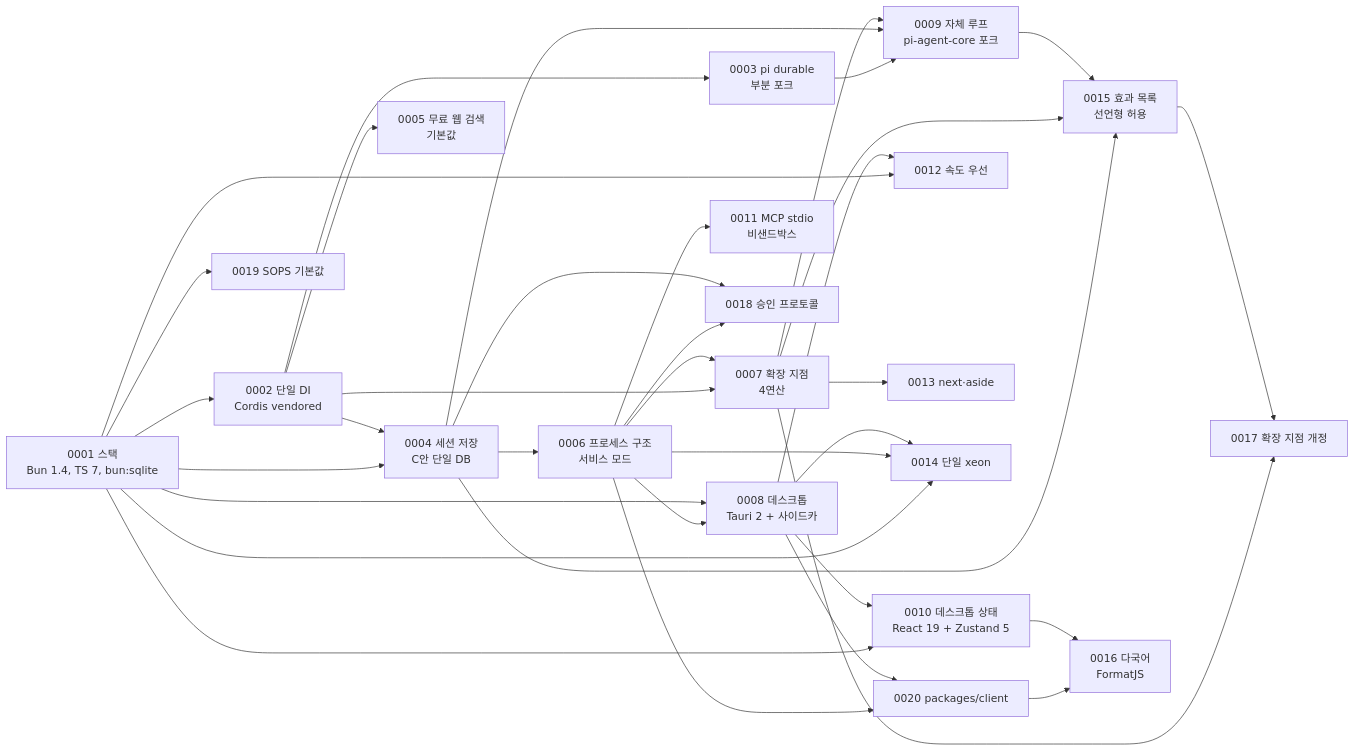
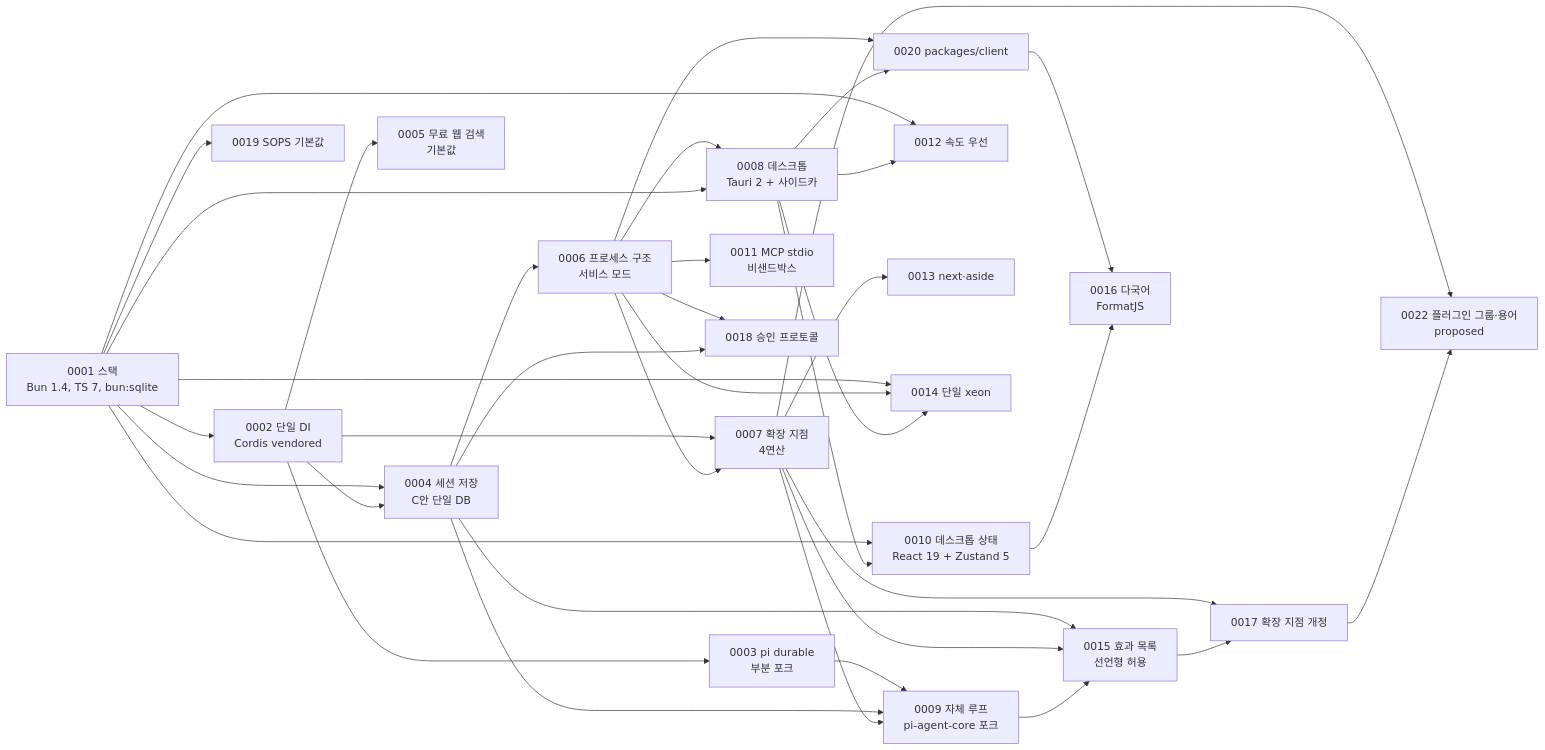
The diagram in docs/xeon/decisions/README.md (Rengod95/Helm-Agent_Docs_OS), drawn with Mermaid before and after one commit. The commit also changed other lines of this file and 2 other files, not shown here.

Commit message:
docs(adr): ADR-0022 플러그인 그룹 모델과 도메인 용어 정리를 제안한다
- 이름 두 단계(id·표시 이름)와 선택적 통일, 리뷰 2 §13 1~12번과 Bench 결정을 담는다
- Plugin Group·Registration·drive 넓히기는 [미결: 사용자 확인 대기]로 둔다
- 지금 id / 새 id / 문서 용어 / 화면 라벨 ko·en 대응표와 용어 검사 0단계 범위를 적는다
- 결정 색인과 routes.yaml manifest.decisions에 adr.0022를 더한다

````diff
--- a/docs/xeon/decisions/README.md
+++ b/docs/xeon/decisions/README.md
@@ -104,58 +105,61 @@
 ```mermaid
 flowchart LR
   A1["0001 스택<br/>Bun 1.4, TS 7, bun:sqlite"]
   A2["0002 단일 DI<br/>Cordis vendored"]
   A3["0003 pi durable<br/>부분 포크"]
   A4["0004 세션 저장<br/>C안 단일 DB"]
   A5["0005 무료 웹 검색<br/>기본값"]
   A6["0006 프로세스 구조<br/>서비스 모드"]
   A7["0007 확장 지점<br/>4연산"]
   A8["0008 데스크톱<br/>Tauri 2 + 사이드카"]
   A9["0009 자체 루프<br/>pi-agent-core 포크"]
   A10["0010 데스크톱 상태<br/>React 19 + Zustand 5"]
   A11["0011 MCP stdio<br/>비샌드박스"]
   A12["0012 속도 우선"]
   A13["0013 next·aside"]
   A14["0014 단일 xeon"]
   A15["0015 효과 목록<br/>선언형 허용"]
   A16["0016 다국어<br/>FormatJS"]
   A17["0017 확장 지점 개정"]
   A18["0018 승인 프로토콜"]
   A19["0019 SOPS 기본값"]
   A20["0020 packages/client"]
+  A22["0022 플러그인 그룹·용어<br/>proposed"]
 
   A1 --> A2
   A2 --> A7
   A2 --> A3
   A1 --> A4
   A2 --> A4
   A2 --> A5
   A4 --> A6
   A6 --> A7
   A6 --> A8
   A1 --> A8
   A3 --> A9
   A4 --> A9
   A7 --> A9
   A1 --> A10
   A8 --> A10
   A6 --> A11
   A1 --> A12
   A8 --> A12
   A7 --> A13
   A1 --> A14
   A6 --> A14
   A8 --> A14
   A4 --> A15
   A7 --> A15
   A9 --> A15
   A20 --> A16
   A10 --> A16
   A7 --> A17
   A15 --> A17
   A6 --> A18
   A4 --> A18
   A1 --> A19
   A6 --> A20
   A8 --> A20
+  A7 --> A22
+  A17 --> A22
 ```
````
